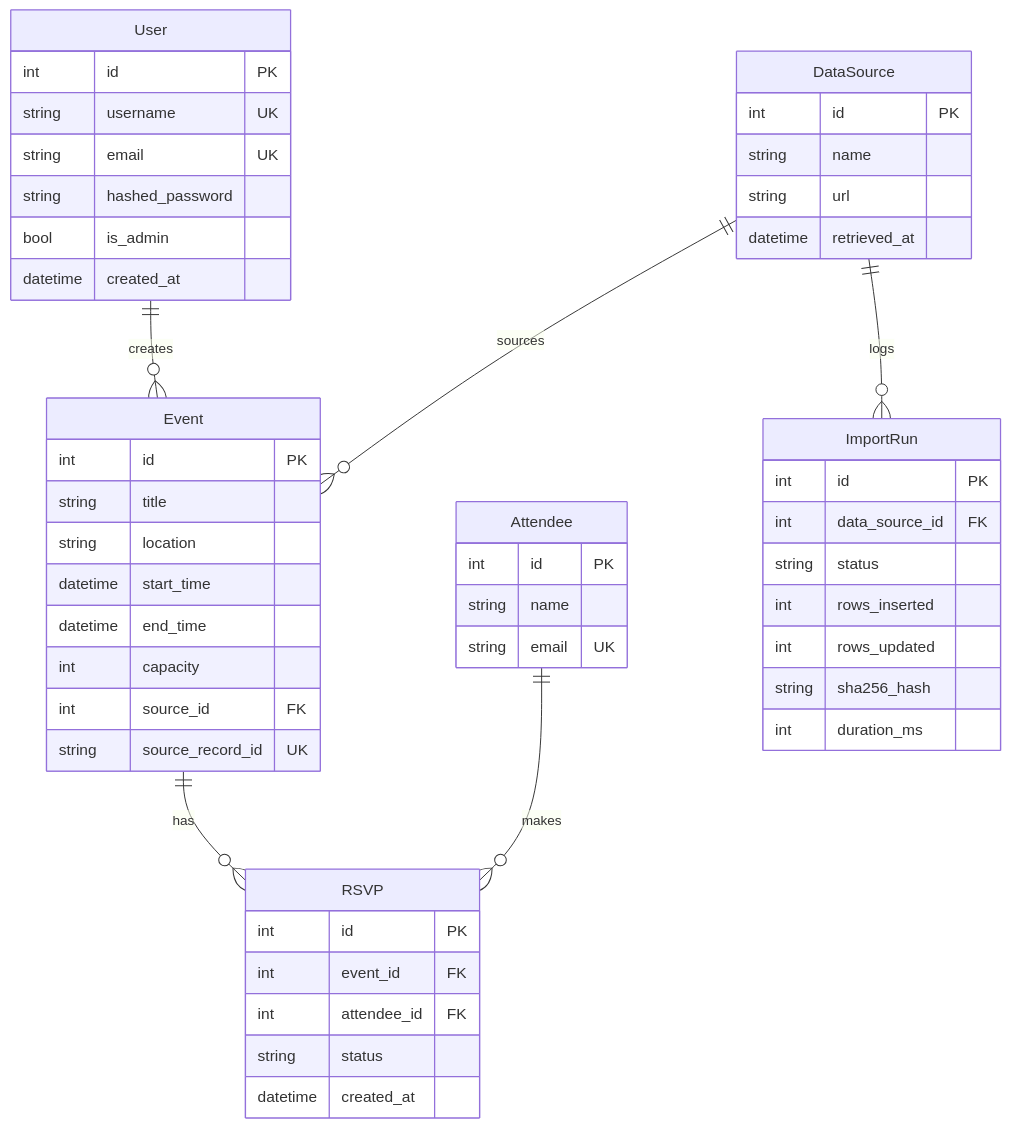
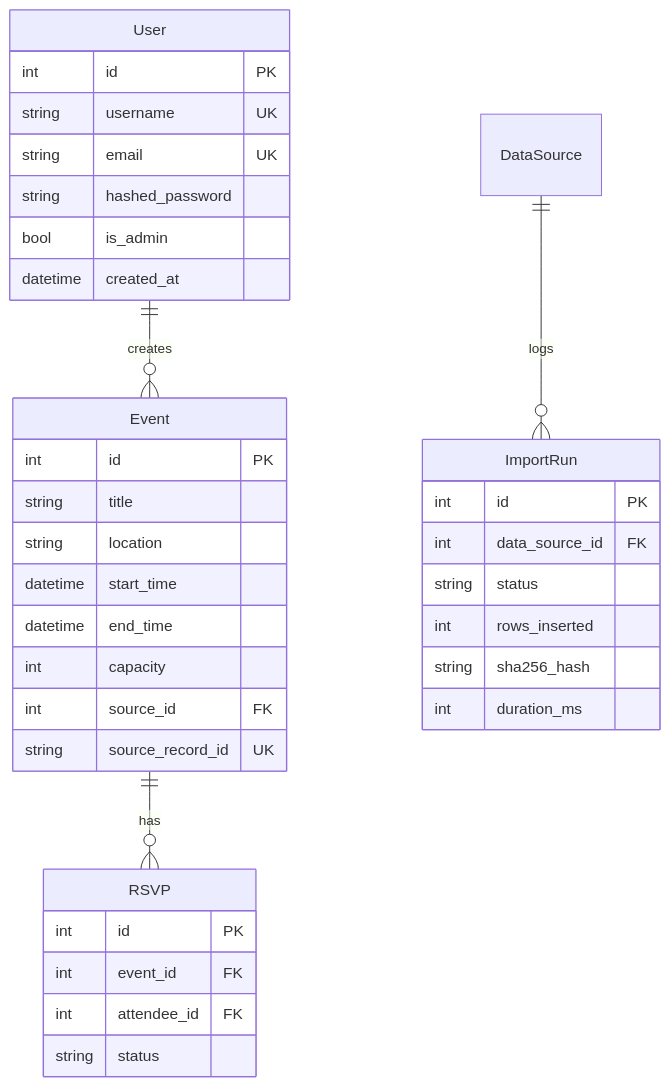
Before and after one commit to NathS04/comp3011-cw1-api: the second of 2 diagrams in TECHNICAL_REPORT.md, drawn with Mermaid. The commit also changed other lines of this file, not shown here.

Commit message:
docs(report): sync ERD/security/testing + checklist

````diff
--- a/TECHNICAL_REPORT.md
+++ b/TECHNICAL_REPORT.md
@@ -110,54 +90,39 @@
 ```mermaid
 erDiagram
     User {
         int id PK
         string username UK
         string email UK
         string hashed_password
         bool is_admin
         datetime created_at
     }
     Event {
         int id PK
         string title
         string location
         datetime start_time
         datetime end_time
         int capacity
         int source_id FK
         string source_record_id UK
     }
-    Attendee {
-        int id PK
-        string name
-        string email UK
-    }
     RSVP {
         int id PK
         int event_id FK
         int attendee_id FK
         string status
-        datetime created_at
-    }
-    DataSource {
-        int id PK
-        string name
-        string url
-        datetime retrieved_at
     }
     ImportRun {
         int id PK
         int data_source_id FK
         string status
         int rows_inserted
-        int rows_updated
         string sha256_hash
         int duration_ms
     }
     
     User ||--o{ Event : creates
     Event ||--o{ RSVP : has
-    Attendee ||--o{ RSVP : makes
     DataSource ||--o{ ImportRun : logs
-    DataSource ||--o{ Event : sources
 ```
````
